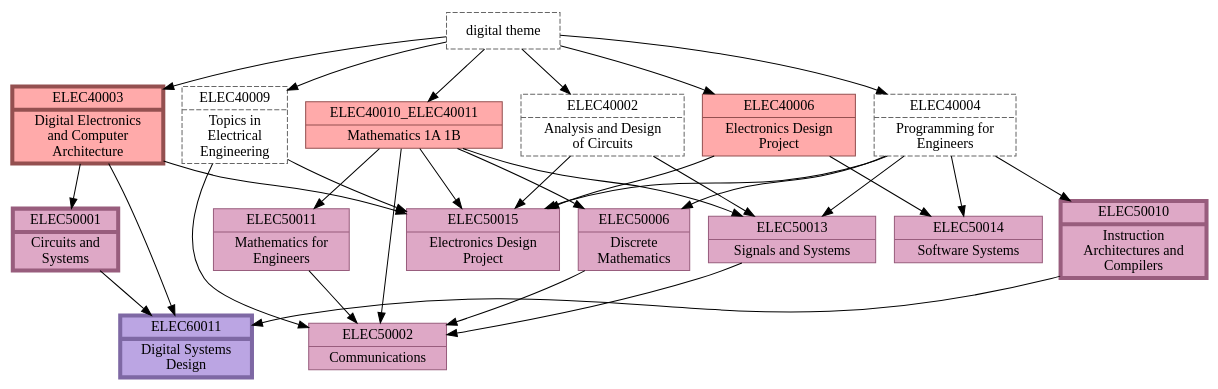
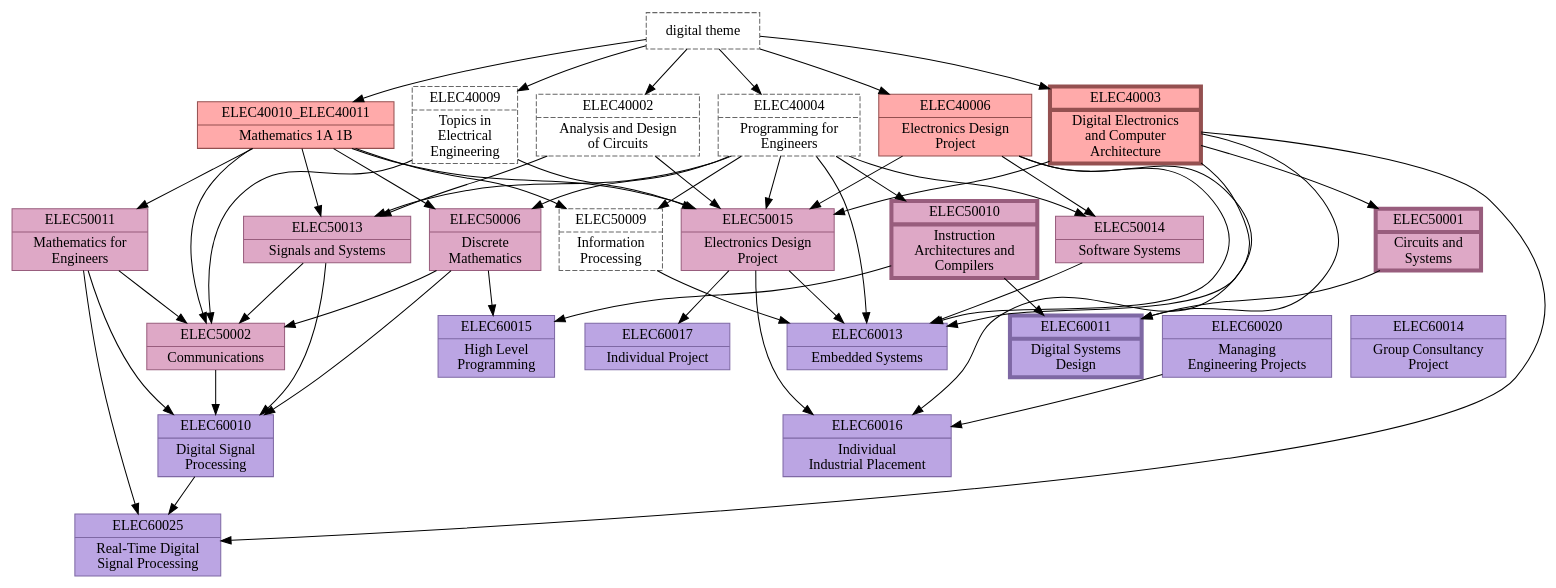
The diagram in modules_with_root.dot (johnwickerson/ee_modules), drawn with Graphviz before and after one commit. The commit also changed 3 other files, not shown here.

```diff
--- a/modules_with_root.dot
+++ b/modules_with_root.dot
@@ -1,101 +1,142 @@
 // This is an auto-generated file. Don't edit this file; edit `modules.yml` instead.
 
 digraph G {
   graph[root="root"];
   node[shape="record", style="filled"];
 
   node[color="#945050", fillcolor="#ffaaaa", penwidth=4, style="filled"];
 
   ELEC40003 [label="{ELEC40003 | Digital Electronics\nand Computer\nArchitecture}"];
 
 
   node[penwidth=1];
 
   ELEC40006 [label="{ELEC40006 | Electronics Design\nProject}"];
 
   ELEC40010_ELEC40011 [label="{ELEC40010_ELEC40011 | Mathematics 1A 1B}"];
 
 
   node[color="#666666", fillcolor="#dddddd", style="dashed"];
 
   ELEC40009 [label="{ELEC40009 | Topics in\nElectrical\nEngineering}"];
 
   ELEC40002 [label="{ELEC40002 | Analysis and Design\nof Circuits}"];
 
   ELEC40004 [label="{ELEC40004 | Programming for\nEngineers}"];
 
   node[color="#985d7d", fillcolor="#dea8c6", penwidth=4, style="filled"];
 
   ELEC50001 [label="{ELEC50001 | Circuits and\nSystems}"];
   ELEC40003 -> ELEC50001;
 
   ELEC50010 [label="{ELEC50010 | Instruction\nArchitectures and\nCompilers}"];
   ELEC40004 -> ELEC50010;
 
 
   node[penwidth=1];
 
-  ELEC50002 [label="{ELEC50002 | Communications}"];
-  ELEC40009 -> ELEC50002;
-  ELEC40010_ELEC40011 -> ELEC50002;
-  ELEC50006 -> ELEC50002;
-  ELEC50011 -> ELEC50002;
-  ELEC50013 -> ELEC50002;
+  ELEC50014 [label="{ELEC50014 | Software Systems}"];
+  ELEC40004 -> ELEC50014;
+  ELEC40006 -> ELEC50014;
 
   ELEC50015 [label="{ELEC50015 | Electronics Design\nProject}"];
   ELEC40002 -> ELEC50015;
   ELEC40003 -> ELEC50015;
   ELEC40004 -> ELEC50015;
   ELEC40006 -> ELEC50015;
   ELEC40009 -> ELEC50015;
   ELEC40010_ELEC40011 -> ELEC50015;
 
-  ELEC50014 [label="{ELEC50014 | Software Systems}"];
-  ELEC40004 -> ELEC50014;
-  ELEC40006 -> ELEC50014;
+  ELEC50002 [label="{ELEC50002 | Communications}"];
+  ELEC40009 -> ELEC50002;
+  ELEC40010_ELEC40011 -> ELEC50002;
+  ELEC50006 -> ELEC50002;
+  ELEC50011 -> ELEC50002;
+  ELEC50013 -> ELEC50002;
 
   ELEC50006 [label="{ELEC50006 | Discrete\nMathematics}"];
   ELEC40004 -> ELEC50006;
   ELEC40010_ELEC40011 -> ELEC50006;
 
   ELEC50011 [label="{ELEC50011 | Mathematics for\nEngineers}"];
   ELEC40010_ELEC40011 -> ELEC50011;
 
 
   node[color="#666666", fillcolor="#dddddd", style="dashed"];
+
+  ELEC50009 [label="{ELEC50009 | Information\nProcessing}"];
+  ELEC40004 -> ELEC50009;
+  ELEC40010_ELEC40011 -> ELEC50009;
 
   ELEC50013 [label="{ELEC50013 | Signals and Systems}"];
   ELEC40002 -> ELEC50013;
   ELEC40004 -> ELEC50013;
   ELEC40010_ELEC40011 -> ELEC50013;
 
   node[color="#7e68a4", fillcolor="#bba5e3", penwidth=4, style="filled"];
 
   ELEC60011 [label="{ELEC60011 | Digital Systems\nDesign}"];
   ELEC40003 -> ELEC60011 [weight=0];
   ELEC50001 -> ELEC60011;
   ELEC50010 -> ELEC60011;
 
 
   node[penwidth=1];
 
+  ELEC60013 [label="{ELEC60013 | Embedded Systems}"];
+  ELEC40003 -> ELEC60013 [weight=0];
+  ELEC40004 -> ELEC60013 [weight=0];
+  ELEC40006 -> ELEC60013 [weight=0];
+  ELEC50014 -> ELEC60013;
+  ELEC50009 -> ELEC60013;
+  ELEC50015 -> ELEC60013;
+
+  ELEC60014 [label="{ELEC60014 | Group Consultancy\nProject}"];
+  ELEC50001 -> ELEC60014 [style=invis];
+
+  ELEC60015 [label="{ELEC60015 | High Level\nProgramming}"];
+  ELEC50010 -> ELEC60015;
+  ELEC50006 -> ELEC60015;
+
+  ELEC60016 [label="{ELEC60016 | Individual\nIndustrial Placement}"];
+  ELEC40006 -> ELEC60016 [weight=0];
+  ELEC50015 -> ELEC60016;
+  ELEC60020 -> ELEC60016;
+
+  ELEC60017 [label="{ELEC60017 | Individual Project}"];
+  ELEC50015 -> ELEC60017;
+
+  ELEC60025 [label="{ELEC60025 | Real-Time Digital\nSignal Processing}"];
+  ELEC40003 -> ELEC60025 [weight=0];
+  ELEC50011 -> ELEC60025;
+  ELEC60010 -> ELEC60025;
+
 
   node[color="#666666", fillcolor="#dddddd", style="dashed"];
+
+  ELEC60020 [label="{ELEC60020 | Managing\nEngineering Projects}"];
+  ELEC50001 -> ELEC60020 [style=invis];
+
+  ELEC60010 [label="{ELEC60010 | Digital Signal\nProcessing}"];
+  ELEC50006 -> ELEC60010;
+  ELEC50011 -> ELEC60010;
+  ELEC50013 -> ELEC60010;
+  ELEC50002 -> ELEC60010;
 
   node[color="#4d5395", fillcolor="#9aa3ff", penwidth=4, style="filled"];
 
 
   node[penwidth=1];
 
 
   node[color="#666666", fillcolor="#dddddd", style="dashed"];
 
   root[label="digital theme", color="#666666", fillcolor="#dddddd"];
+  root -> ELEC40003;
+  root -> ELEC40006;
   root -> ELEC40009;
-  root -> ELEC40006;
   root -> ELEC40002;
+  root -> ELEC40004;
   root -> ELEC40010_ELEC40011;
-  root -> ELEC40003;
-  root -> ELEC40004;
 
 }
```
